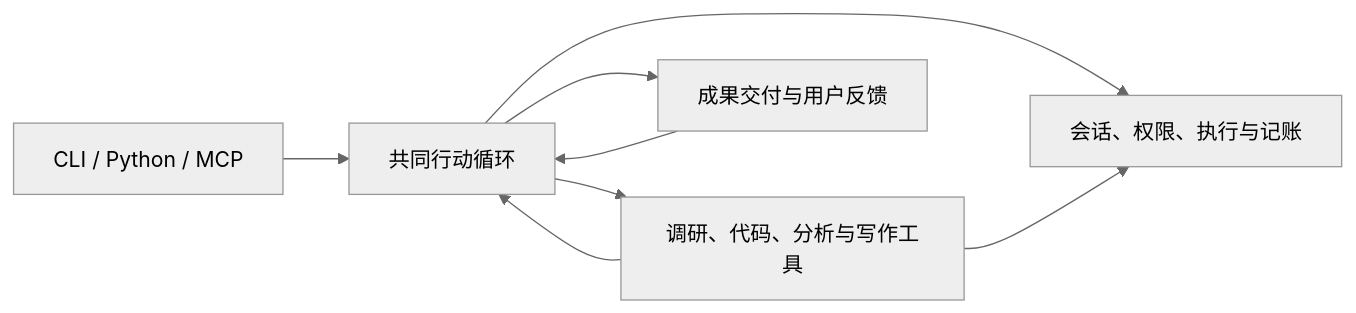
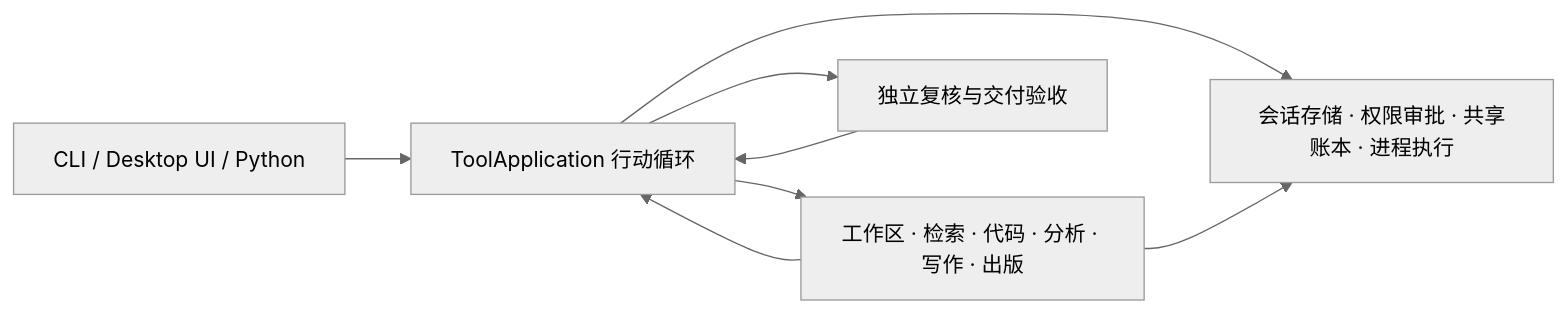
The diagram in docs/DEVELOPMENT_zh.md (MKC-ShenZhi/SimpleAutoResearch), drawn with Mermaid (neutral theme) before and after one commit. The commit also changed other lines of this file and 7 other files, not shown here.

````diff
--- a/docs/DEVELOPMENT_zh.md
+++ b/docs/DEVELOPMENT_zh.md
@@ -26,10 +28,10 @@
 ```mermaid
 flowchart LR
-    I[CLI / Python / MCP] --> A[共同行动循环]
-    A --> T[调研、代码、分析与写作工具]
+    I[CLI / Desktop UI / Python] --> A[ToolApplication 行动循环]
+    A --> T[工作区 · 检索 · 代码 · 分析 · 写作 · 出版]
     T --> A
-    A --> D[成果交付与用户反馈]
-    D --> A
-    A --> R[会话、权限、执行与记账]
+    A --> V[独立复核与交付验收]
+    V --> A
+    A --> R[会话存储 · 权限审批 · 共享账本 · 进程执行]
     T --> R
 ```
````
